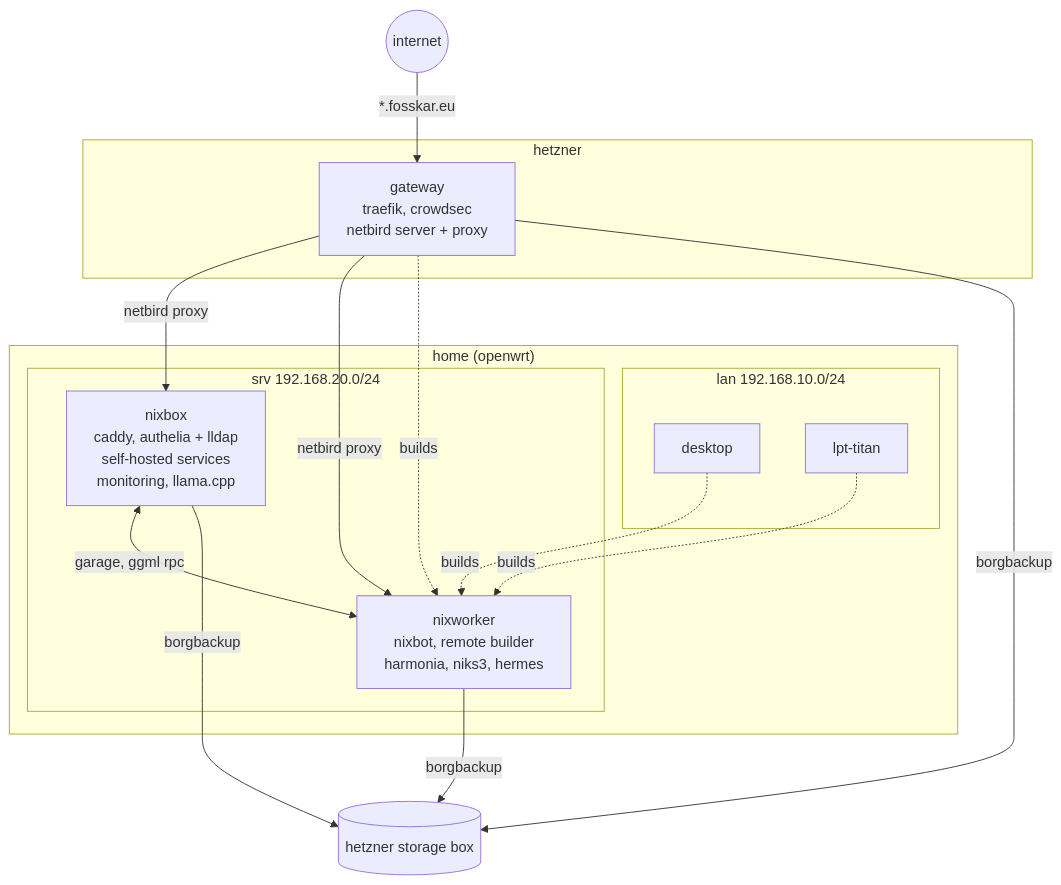
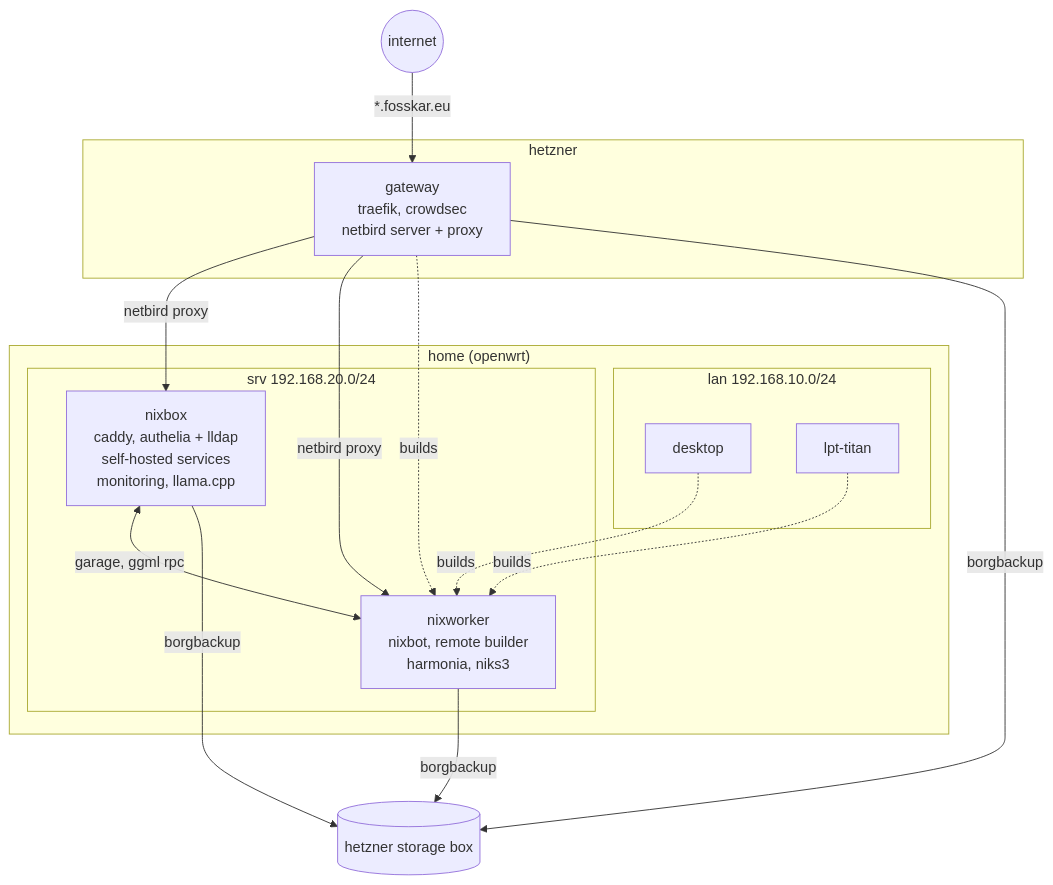
Before and after one commit to fosskar/nixfiles: the diagram in machines/README.md, drawn with Mermaid. The commit also changed other lines of this file and 2 other files, not shown here.

First line of the commit message:
nixworker: remove fencr and the hermes agents

````diff
--- a/machines/README.md
+++ b/machines/README.md
@@ -17,27 +17,27 @@
 ```mermaid
 flowchart TB
   internet((internet))
   storagebox[(hetzner storage box)]
 
   subgraph hetzner
     gateway["gateway<br/>traefik, crowdsec<br/>netbird server + proxy"]
   end
 
   subgraph home["home (openwrt)"]
     subgraph lan["lan 192.168.10.0/24"]
       desktop
       lpt-titan
     end
     subgraph srv["srv 192.168.20.0/24"]
       nixbox["nixbox<br/>caddy, authelia + lldap<br/>self-hosted services<br/>monitoring, llama.cpp"]
-      nixworker["nixworker<br/>nixbot, remote builder<br/>harmonia, niks3, hermes"]
+      nixworker["nixworker<br/>nixbot, remote builder<br/>harmonia, niks3"]
     end
   end
 
   internet -->|"*.fosskar.eu"| gateway
   gateway -->|netbird proxy| nixbox
   gateway -->|netbird proxy| nixworker
   desktop & lpt-titan & gateway -.->|builds| nixworker
   nixbox <-->|garage, ggml rpc| nixworker
   nixbox & nixworker & gateway -->|borgbackup| storagebox
 ```
````
